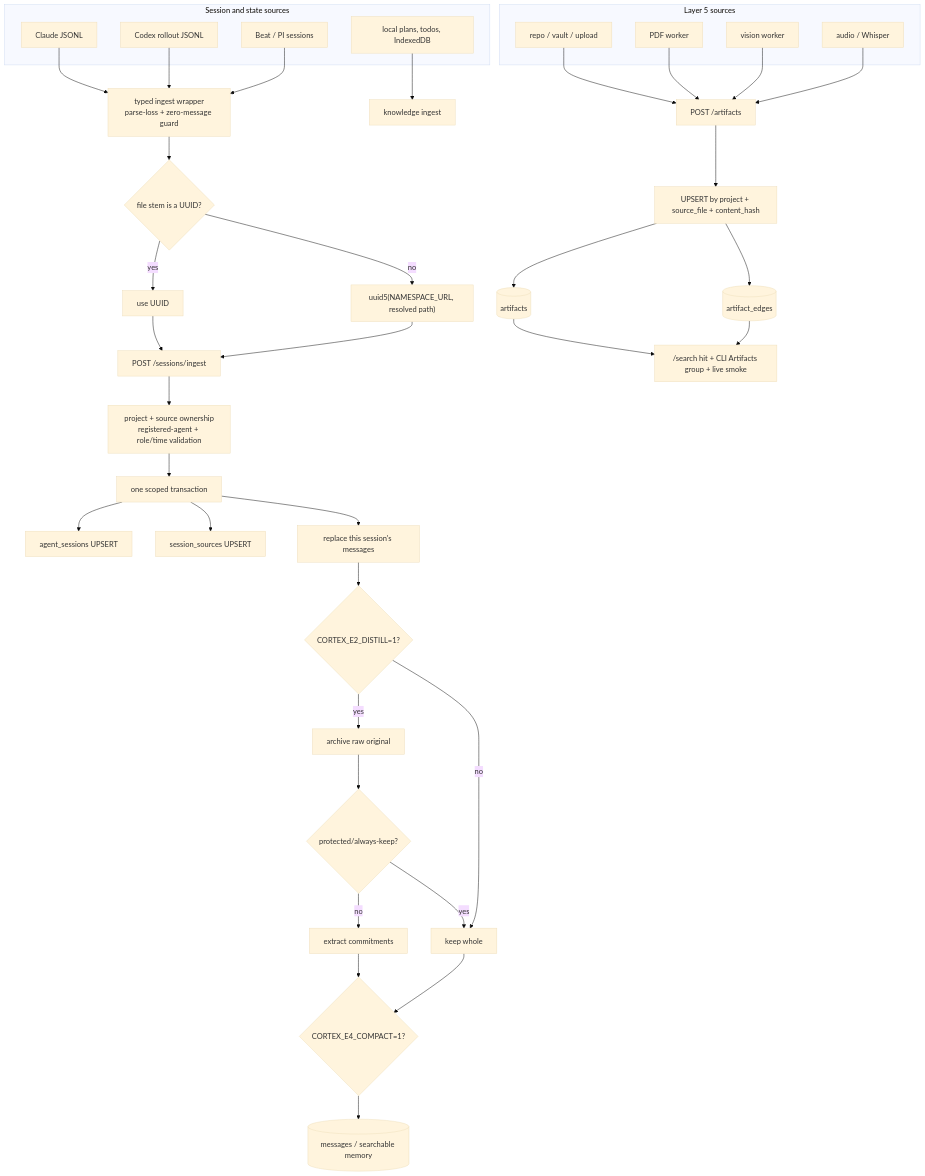
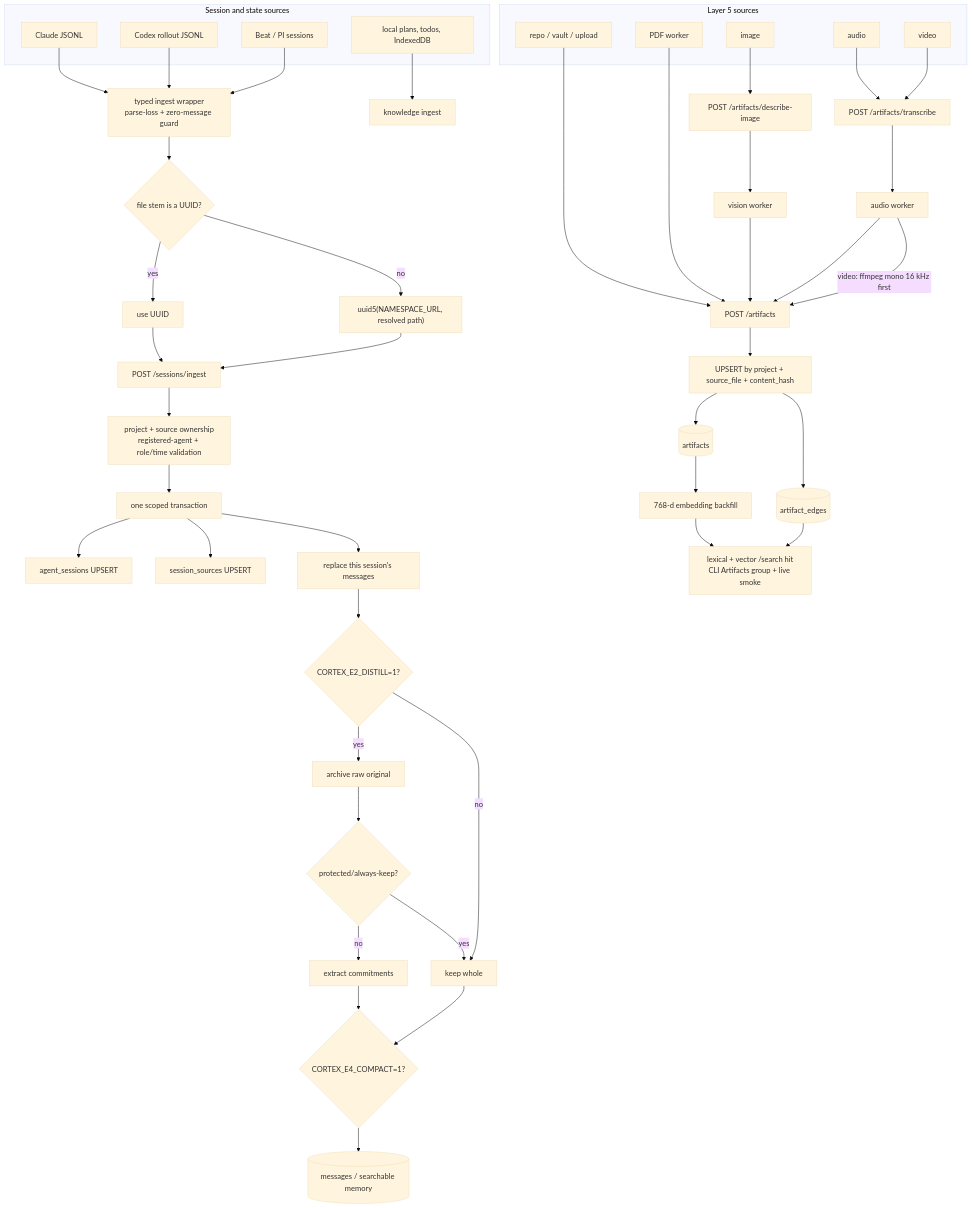
Before and after one commit to Kaidera-AI/cortex: the diagram in docs/functionality/ingest.md, drawn with Mermaid (base theme). The commit also changed other lines of this file and 7 other files, not shown here.

````diff
--- a/docs/functionality/ingest.md
+++ b/docs/functionality/ingest.md
@@ -34,50 +34,54 @@
 ```mermaid
 flowchart TB
     subgraph session_sources["Session and state sources"]
         CL[Claude JSONL]
         CX[Codex rollout JSONL]
         BT[Beat / PI sessions]
         LS[local plans, todos, IndexedDB]
     end
 
     CL --> PARSE["typed ingest wrapper\nparse-loss + zero-message guard"]
     CX --> PARSE
     BT --> PARSE
     LS --> KNOW[knowledge ingest]
     PARSE --> CID{"file stem is a UUID?"}
     CID -->|yes| UUID[use UUID]
     CID -->|no| U5["uuid5(NAMESPACE_URL, resolved path)"]
     UUID --> POST[POST /sessions/ingest]
     U5 --> POST
     POST --> GUARD["project + source ownership\nregistered-agent + role/time validation"]
     GUARD --> TX["one scoped transaction"]
     TX --> AS[agent_sessions UPSERT]
     TX --> SS[session_sources UPSERT]
     TX --> REP["replace this session's messages"]
 
     REP --> E2{"CORTEX_E2_DISTILL=1?"}
     E2 -->|yes| COLD[archive raw original]
     COLD --> KEEP{"protected/always-keep?"}
     KEEP -->|no| DIST[extract commitments]
     KEEP -->|yes| HOT[keep whole]
     E2 -->|no| HOT
     DIST --> E4{"CORTEX_E4_COMPACT=1?"}
     HOT --> E4
     E4 --> MSG[(messages / searchable memory)]
 
     subgraph l5_sources["Layer 5 sources"]
         DOC[repo / vault / upload]
         PDF[PDF worker]
-        IMG[vision worker]
-        AUD[audio / Whisper]
+        IMG[image]
+        AUD[audio]
+        VID[video]
     end
     DOC --> ART[POST /artifacts]
     PDF --> ART
-    IMG --> ART
-    AUD --> ART
+    IMG --> IPROXY[POST /artifacts/describe-image] --> VW[vision worker] --> ART
+    AUD --> TPROXY[POST /artifacts/transcribe] --> AW[audio worker] --> ART
+    VID --> TPROXY
+    AW -->|video: ffmpeg mono 16 kHz first| ART
     ART --> HASH["UPSERT by project + source_file + content_hash"]
     HASH --> L5[(artifacts)]
     HASH --> EDGE[(artifact_edges)]
-    L5 --> LOOP["/search hit + CLI Artifacts group + live smoke"]
+    L5 --> EMB[768-d embedding backfill]
+    EMB --> LOOP["lexical + vector /search hit\nCLI Artifacts group + live smoke"]
     EDGE --> LOOP
 ```
````
